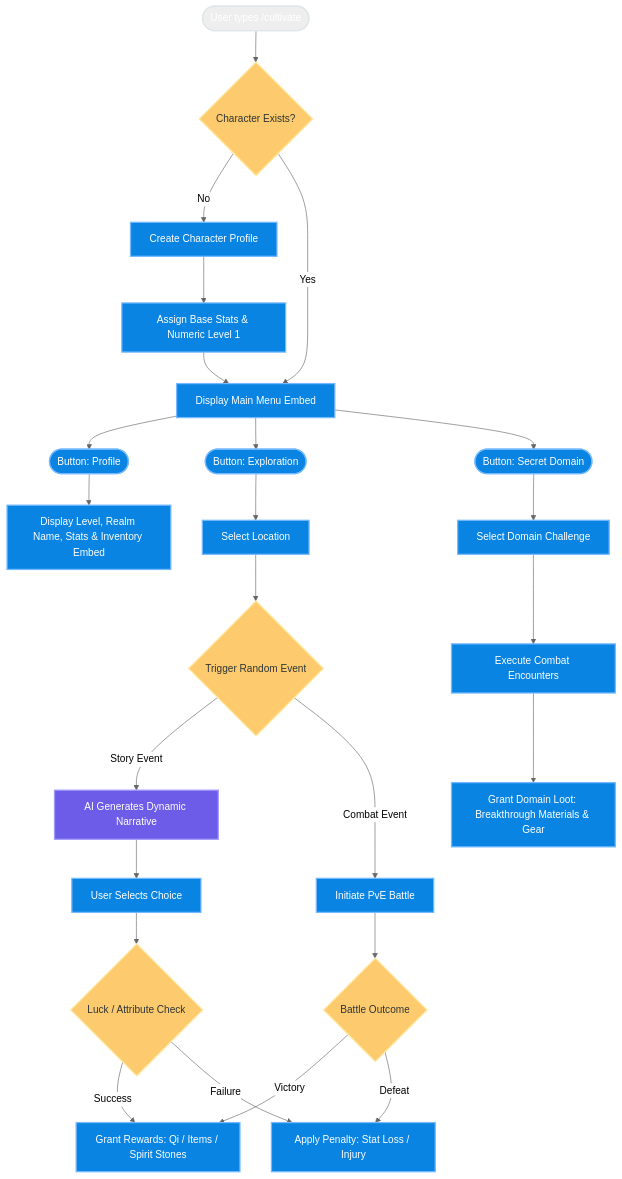
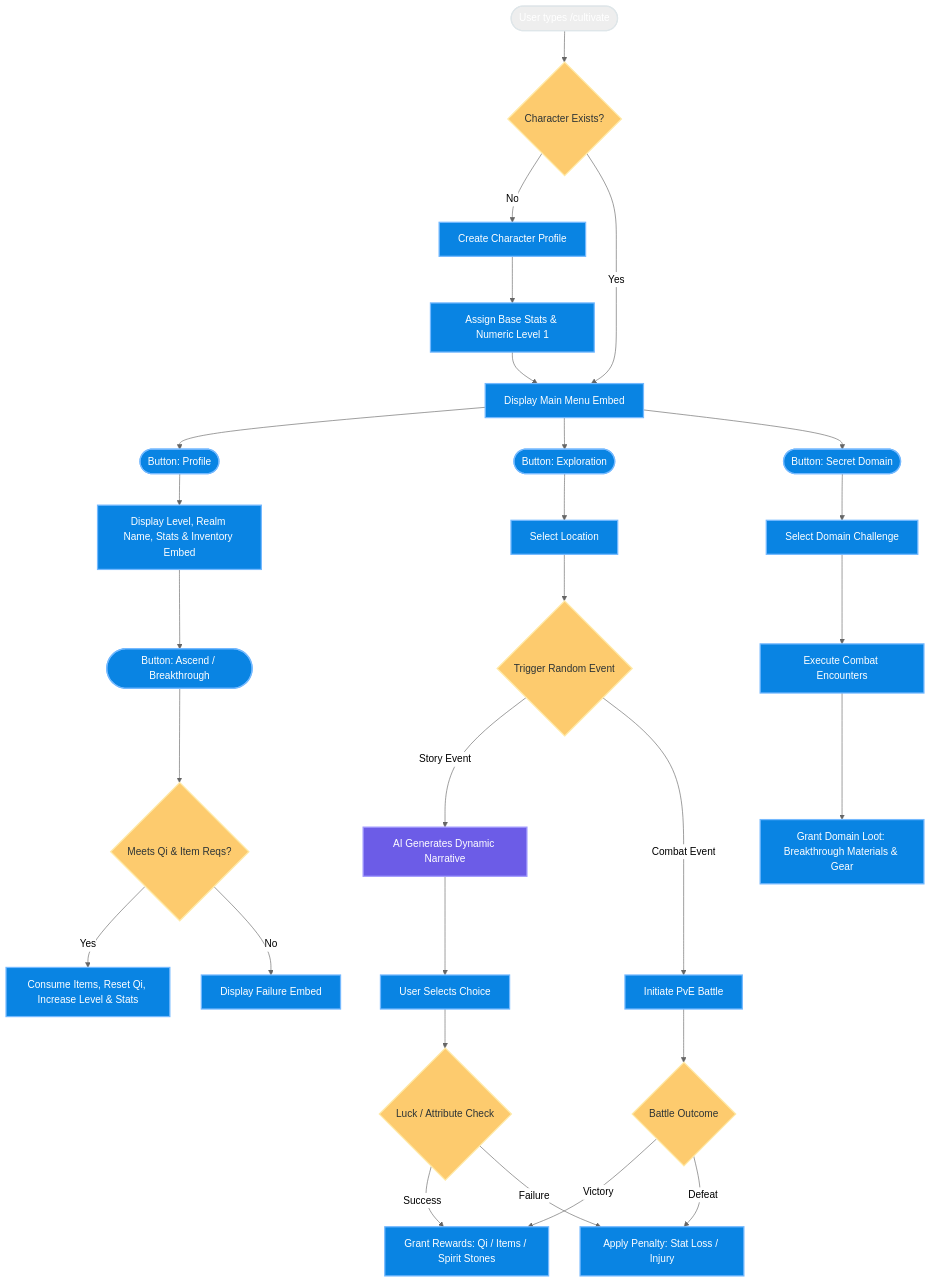
One commit to haidinhtran/thienkhu changed the diagram in docs/user_flow.md. Above: the diagram before and after it, drawn with Mermaid (neutral theme). The commit also changed 21 other files, not shown here.

````diff
--- a/docs/user_flow.md
+++ b/docs/user_flow.md
@@ -7,43 +7,47 @@
 ```mermaid
 flowchart TD
     classDef start finish fill:#2d3436,stroke:#dfe6e9,stroke-width:2px,color:#fff;
     classDef action fill:#0984e3,stroke:#74b9ff,stroke-width:2px,color:#fff;
     classDef condition fill:#fdcb6e,stroke:#ffeaa7,stroke-width:2px,color:#2d3436;
     classDef ai fill:#6c5ce7,stroke:#a29bfe,stroke-width:2px,color:#fff;
 
     A([User types /cultivate]):::start --> B{Character Exists?}:::condition
 
     %% Account Registration
     B -- No --> C[Create Character Profile]:::action
     C --> D[Assign Base Stats & Numeric Level 1]:::action
     D --> E
 
     %% Main Menu Navigation
     B -- Yes --> E[Display Main Menu Embed]:::action
     E --> F([Button: Profile]):::action
     E --> G([Button: Exploration]):::action
     E --> H([Button: Secret Domain]):::action
 
-    %% Profile Inspection
+    %% Profile Inspection & Ascension
     F --> F1[Display Level, Realm Name, Stats & Inventory Embed]:::action
+    F1 --> F2([Button: Ascend / Breakthrough]):::action
+    F2 --> F3{Meets Qi & Item Reqs?}:::condition
+    F3 -- Yes --> F4[Consume Items, Reset Qi, Increase Level & Stats]:::action
+    F3 -- No --> F5[Display Failure Embed]:::action
 
     %% Exploration Activity
     G --> G1[Select Location]:::action
     G1 --> G2{Trigger Random Event}:::condition
 
     G2 -- Story Event --> G3[AI Generates Dynamic Narrative]:::ai
     G3 --> G4[User Selects Choice]:::action
     G4 --> G5{Luck / Attribute Check}:::condition
     G5 -- Success --> G6[Grant Rewards: Qi / Items / Spirit Stones]:::action
     G5 -- Failure --> G7[Apply Penalty: Stat Loss / Injury]:::action
 
     G2 -- Combat Event --> G8[Initiate PvE Battle]:::action
     G8 --> G9{Battle Outcome}:::condition
     G9 -- Victory --> G6
     G9 -- Defeat --> G7
 
     %% Secret Domain Activity
     H --> H1[Select Domain Challenge]:::action
     H1 --> H2[Execute Combat Encounters]:::action
     H2 --> H3[Grant Domain Loot: Breakthrough Materials & Gear]:::action
 ```
````
